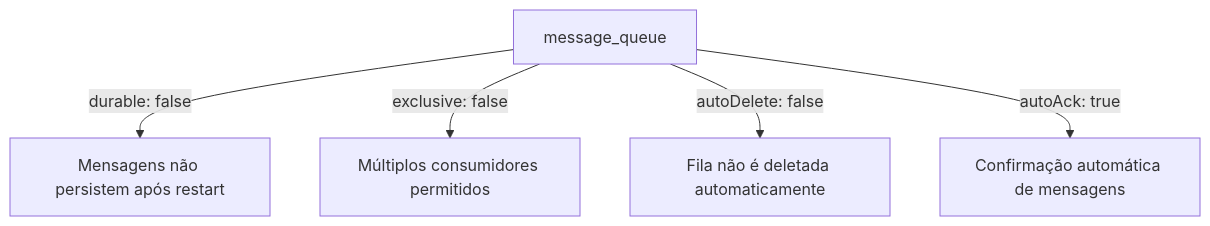
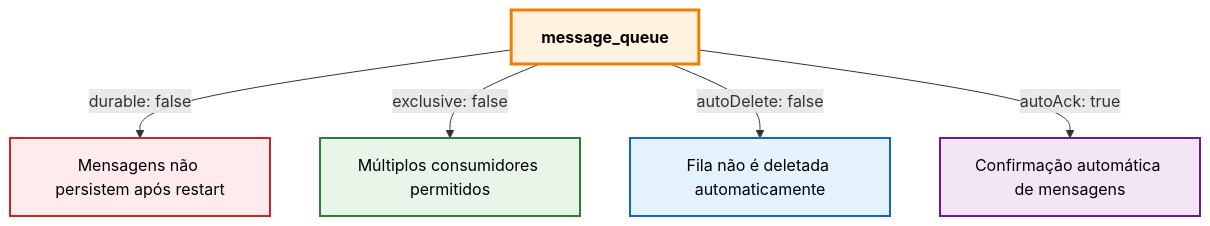
One commit to brenoaug/rabbitmq-exercise changed the third of 6 diagrams in README.md. Above: the diagram before and after it, drawn with Mermaid. The commit also changed other lines of this file, not shown here.

First line of the commit message:
Enhance README visuals with styled diagrams and new GIF

````diff
--- a/README.md
+++ b/README.md
@@ -297,7 +304,13 @@
 ```mermaid
 graph TD
     A[message_queue] -->|durable: false| B[Mensagens não persistem após restart]
     A -->|exclusive: false| C[Múltiplos consumidores permitidos]
     A -->|autoDelete: false| D[Fila não é deletada automaticamente]
     A -->|autoAck: true| E[Confirmação automática de mensagens]
+    
+    style A fill:#fff3e0,stroke:#f57c00,stroke-width:3px,color:#000,font-weight:bold
+    style B fill:#ffebee,stroke:#c62828,stroke-width:2px,color:#000
+    style C fill:#e8f5e9,stroke:#2e7d32,stroke-width:2px,color:#000
+    style D fill:#e3f2fd,stroke:#1565c0,stroke-width:2px,color:#000
+    style E fill:#f3e5f5,stroke:#6a1b9a,stroke-width:2px,color:#000
 ```
````
